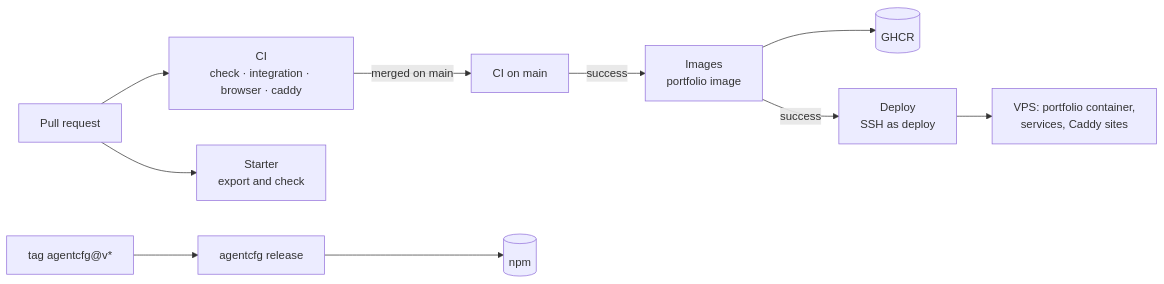
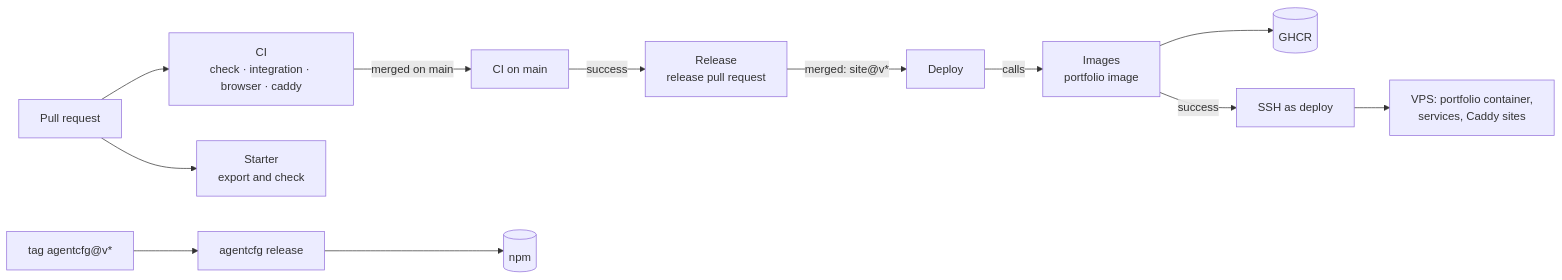
Before and after one commit to jleveneur/jleveneur: the second of 2 diagrams in docs/architecture.md, drawn with Mermaid. The commit also changed other lines of this file and 10 other files, not shown here.

First line of the commit message:
ci: release the site with release-please and deploy on release, not on merge (#36)

````diff
--- a/docs/architecture.md
+++ b/docs/architecture.md
@@ -78,11 +78,13 @@
 ```mermaid
 flowchart LR
   pr[Pull request] --> ci["CI<br/>check · integration · browser · caddy"]
   pr --> starter["Starter<br/>export and check"]
   ci -->|merged on main| ci2[CI on main]
-  ci2 -->|success| images["Images<br/>portfolio image"]
+  ci2 -->|success| sitepr["Release<br/>release pull request"]
+  sitepr -->|merged: site@v*| deploy["Deploy"]
+  deploy -->|calls| images["Images<br/>portfolio image"]
   images --> ghcr[(GHCR)]
-  images -->|success| deploy["Deploy<br/>SSH as deploy"]
-  deploy --> vps["VPS: portfolio container,<br/>services, Caddy sites"]
+  images -->|success| ssh["SSH as deploy"]
+  ssh --> vps["VPS: portfolio container,<br/>services, Caddy sites"]
   tag["tag agentcfg@v*"] --> release["agentcfg release"] --> npm[(npm)]
 ```
````
